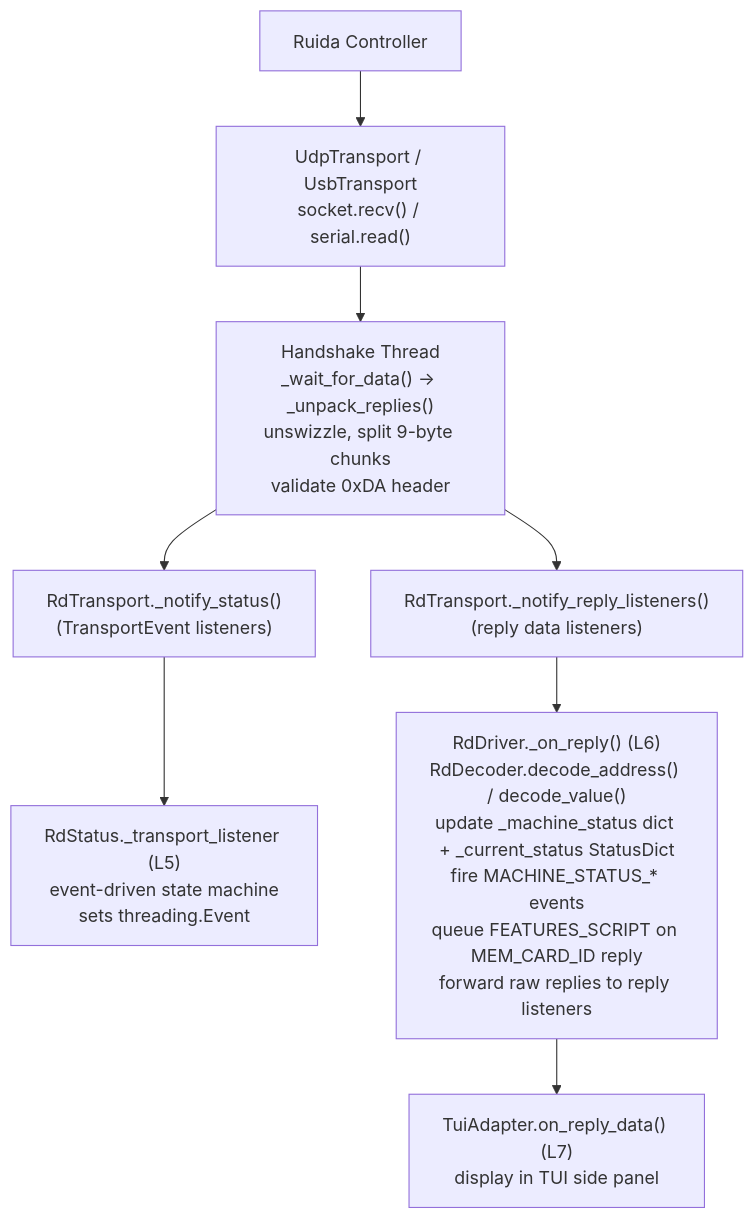
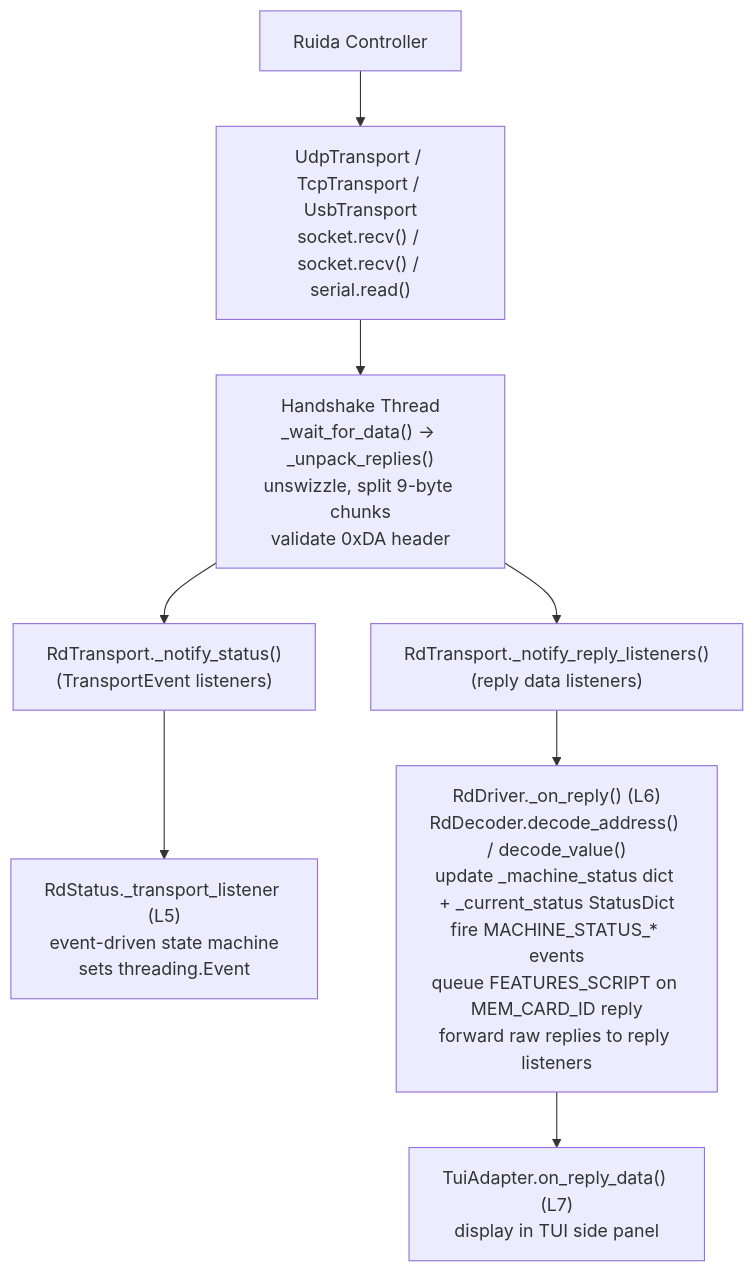
Before and after one commit to StevenIsaacs/ruida-pa: the third of 6 diagrams in docs/designs/RuidaDriver-functional.md, drawn with Mermaid. The commit also changed other lines of this file and 1 other file, not shown here.

````diff
--- a/docs/designs/RuidaDriver-functional.md
+++ b/docs/designs/RuidaDriver-functional.md
@@ -63,17 +63,17 @@
 ```mermaid
 flowchart TD
     RC["Ruida Controller"]
-    TR["UdpTransport / UsbTransport\nsocket.recv() / serial.read()"]
+    TR["UdpTransport / TcpTransport / UsbTransport\nsocket.recv() / socket.recv() / serial.read()"]
     HST["Handshake Thread\n_wait_for_data() → _unpack_replies()\nunswizzle, split 9-byte chunks\nvalidate 0xDA header"]
     NRL["RdTransport._notify_reply_listeners()\n(reply data listeners)"]
     NS["RdTransport._notify_status()\n(TransportEvent listeners)"]
     RS["RdStatus._transport_listener (L5)\nevent-driven state machine\nsets threading.Event"]
     DR["RdDriver._on_reply() (L6)\nRdDecoder.decode_address() / decode_value()\nupdate _machine_status dict + _current_status StatusDict\nfire MACHINE_STATUS_* events\nqueue FEATURES_SCRIPT on MEM_CARD_ID reply\nforward raw replies to reply listeners"]
     TUI["TuiAdapter.on_reply_data() (L7)\ndisplay in TUI side panel"]
     RC --> TR --> HST
     HST --> NRL
     HST --> NS
     NS --> RS
     NRL --> DR
     DR --> TUI
 ```
````
